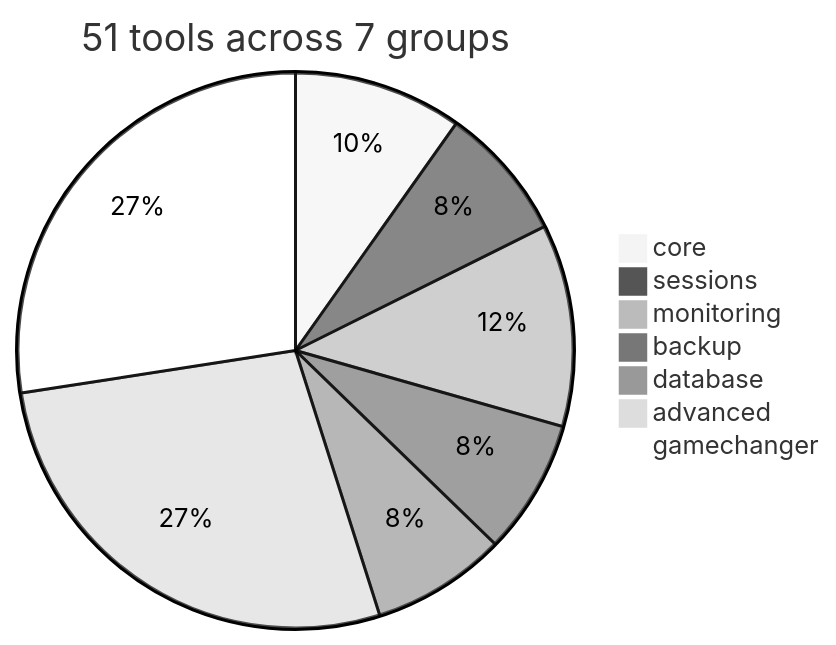
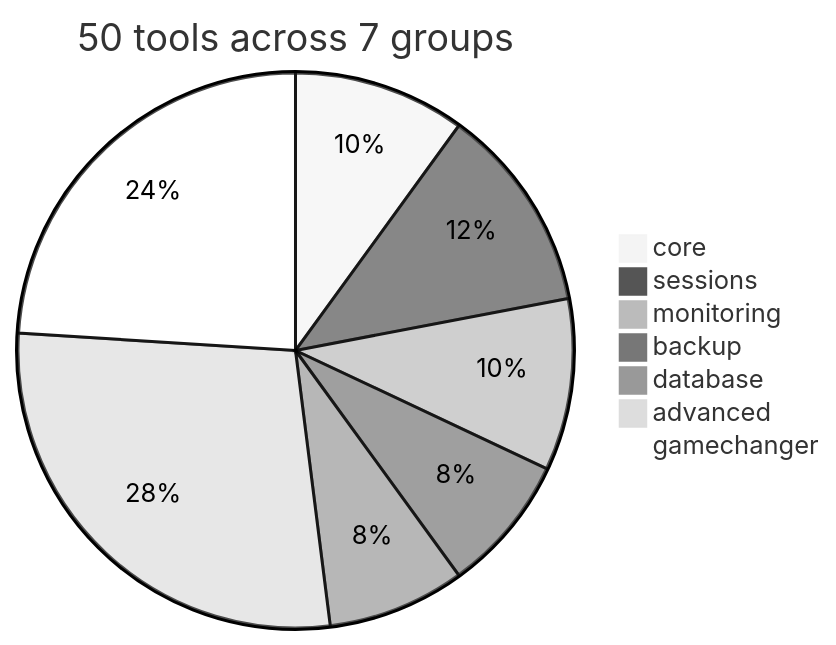
The second of 2 diagrams in wiki/Home.md (hunchom/claude-code-ssh), drawn with Mermaid (neutral theme) before and after one commit. The commit also changed other lines of this file and 6 other files, not shown here.

````diff
--- a/wiki/Home.md
+++ b/wiki/Home.md
@@ -48,10 +48,10 @@
 ```mermaid
-pie title 51 tools across 7 groups
+pie title 50 tools across 7 groups
   "core" : 5
-  "sessions" : 4
-  "monitoring" : 6
+  "sessions" : 6
+  "monitoring" : 5
   "backup" : 4
   "database" : 4
   "advanced" : 14
-  "gamechanger" : 14
+  "gamechanger" : 12
 ```
````
